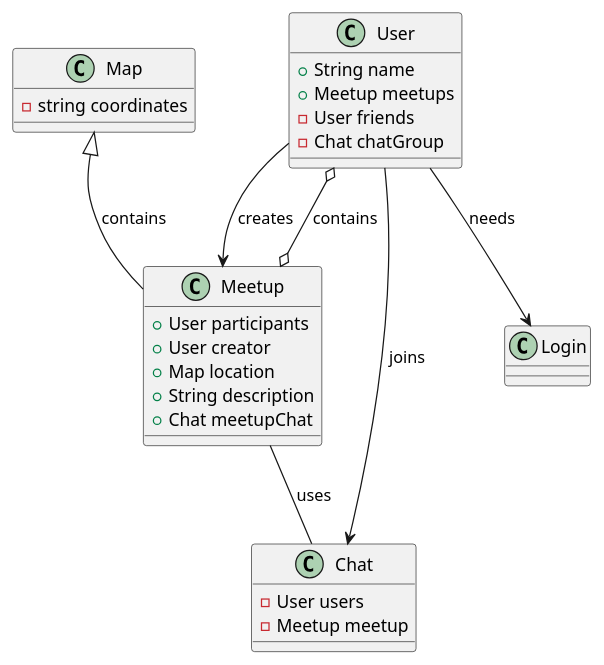
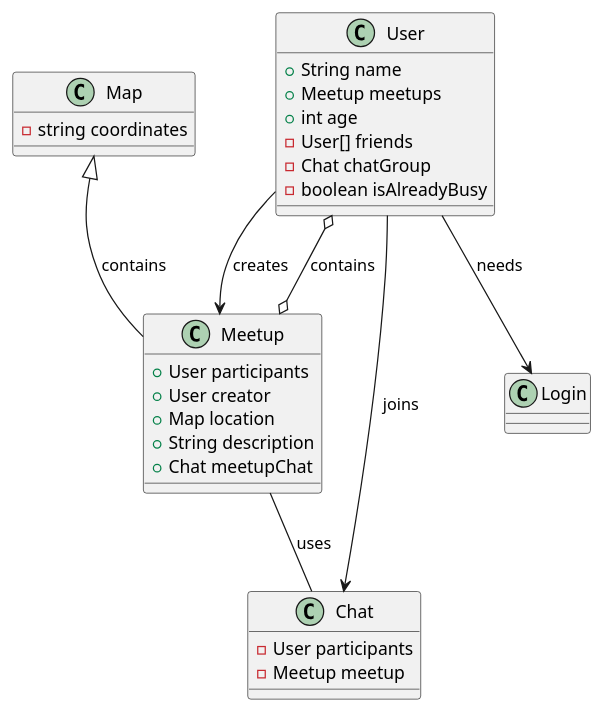
Before and after one commit to 2223-3bhif-syp/02-projekte-mopedmeetup: the diagram in asciidocs/Klassendiagramm.adoc, drawn with PlantUML. The commit also changed 1 other file, not shown here.

Commit message:
Small updates

```diff
--- a/asciidocs/Klassendiagramm.adoc
+++ b/asciidocs/Klassendiagramm.adoc
@@ -13,32 +13,34 @@
 [plantuml, target=diagram-classes, format=png]
 ....
 class User {
     +String name
     +Meetup meetups
-    -User friends
+    +int age
+    - User[] friends
     - Chat chatGroup
+    - boolean isAlreadyBusy
 }
 class Meetup {
     + User participants
     + User creator
     + Map location
     + String description
     + Chat meetupChat
 }
 class Login {
 }
 class Map {
     -string coordinates
 }
 class Chat {
-    - User users
+    - User participants
     - Meetup meetup
 }
 
 Meetup o--o User : contains
 Map <|-- Meetup : contains
 User --> Meetup : creates
 User --> Login : needs
 Meetup -- Chat : uses
 User --> Chat : joins
 ....
```
